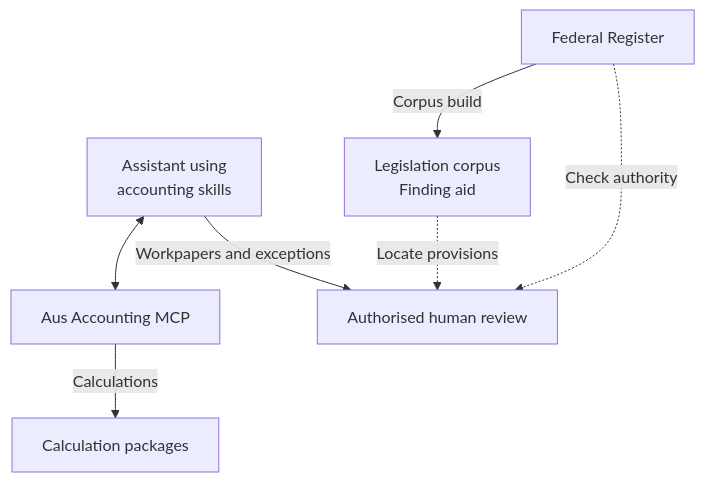
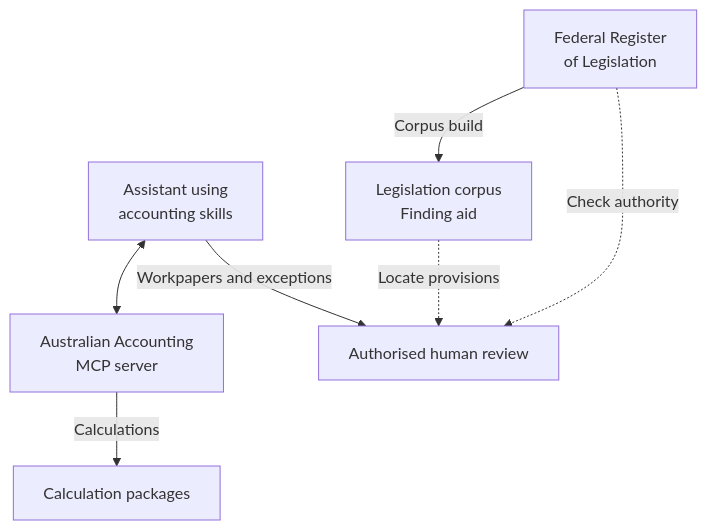
One commit to ryanduguid/ryanduguid changed the diagram in README.md. Above: the diagram before and after it, drawn with Mermaid. The commit also changed other lines of this file, not shown here.

First line of the commit message:
Tighten profile README links, disclaimers and diagram (#34)

````diff
--- a/README.md
+++ b/README.md
@@ -33,9 +26,9 @@
 ```mermaid
 flowchart TB
-    assistant["Assistant using<br/>accounting skills"] <--> mcp["Aus Accounting MCP"]
+    assistant["Assistant using<br/>accounting skills"] <--> mcp["Australian Accounting<br/>MCP server"]
     mcp -->|Calculations| engines["Calculation packages"]
     assistant -->|Workpapers and exceptions| reviewer["Authorised human review"]
-    official["Federal Register"] -->|Corpus build| corpus["Legislation corpus<br/>Finding aid"]
+    official["Federal Register<br/>of Legislation"] -->|Corpus build| corpus["Legislation corpus<br/>Finding aid"]
     corpus -. Locate provisions .-> reviewer
     official -. Check authority .-> reviewer
 ```
````
